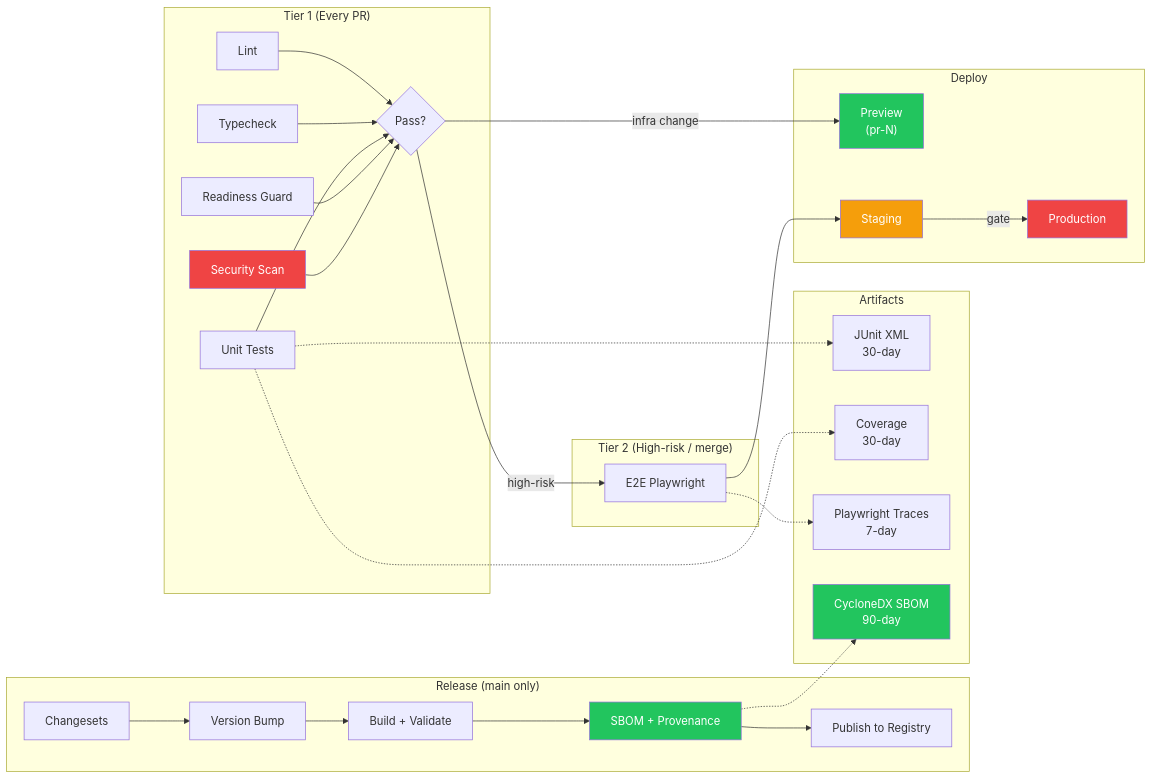
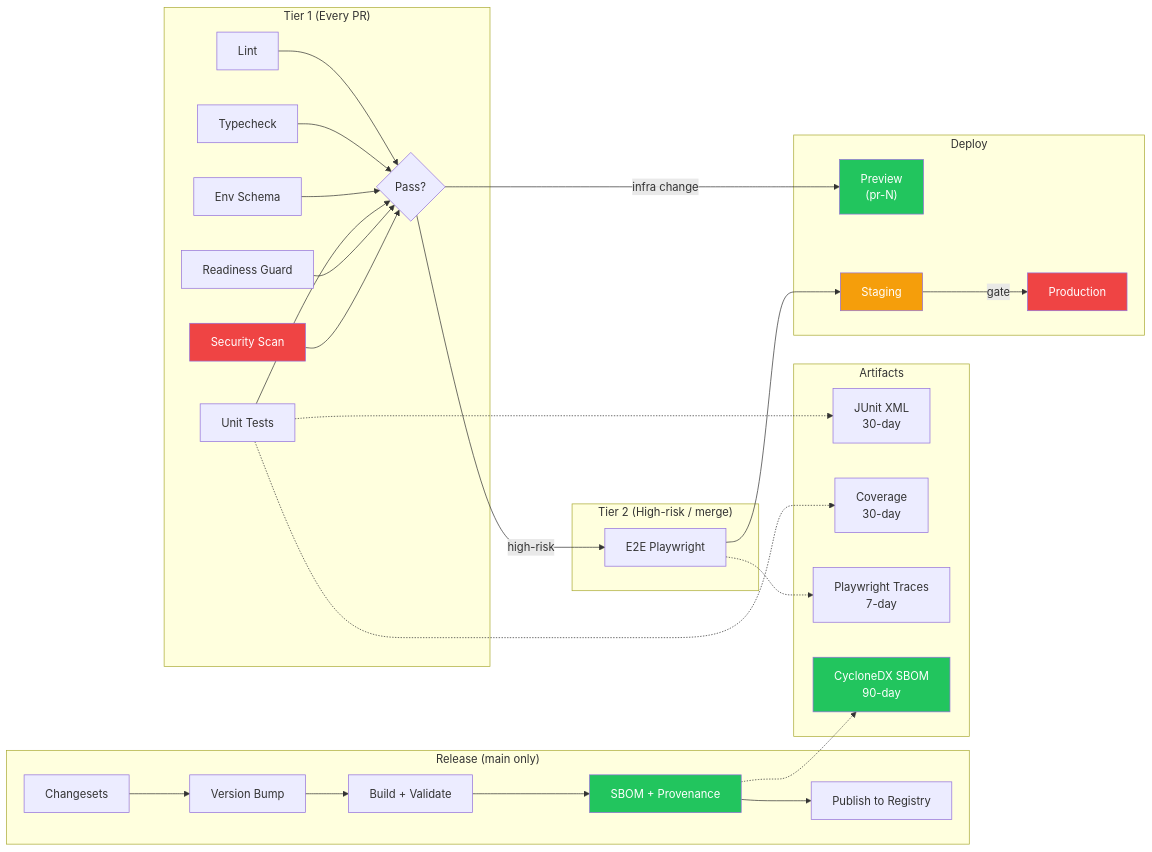
Before and after one commit to jbejenar/ripple-next: the seventh of 10 diagrams in docs/product-roadmap/README.md, drawn with Mermaid. The commit also changed other lines of this file and 16 other files, not shown here.

First line of the commit message:
feat: implement AI-suggested improvements and update roadmap

````diff
--- a/docs/product-roadmap/README.md
+++ b/docs/product-roadmap/README.md
@@ -436,50 +438,51 @@
 ```mermaid
 graph LR
     subgraph "Tier 1 (Every PR)"
         LINT[Lint] --> GATE1{Pass?}
         TYPE[Typecheck] --> GATE1
+        ENVGATE[Env Schema] --> GATE1
         UNIT[Unit Tests] --> GATE1
         READY[Readiness Guard] --> GATE1
         SECURITY[Security Scan] --> GATE1
     end
 
     subgraph "Tier 2 (High-risk / merge)"
         E2E[E2E Playwright]
     end
 
     subgraph "Release (main only)"
         CS[Changesets] --> VER[Version Bump]
         VER --> BUILD[Build + Validate]
         BUILD --> SBOM_GEN[SBOM + Provenance]
         SBOM_GEN --> PUBLISH[Publish to Registry]
     end
 
     subgraph "Artifacts"
         JUNIT[JUnit XML<br/>30-day]
         COV[Coverage<br/>30-day]
         TRACES[Playwright Traces<br/>7-day]
         SBOM_ART[CycloneDX SBOM<br/>90-day]
     end
 
     subgraph "Deploy"
         PREVIEW["Preview<br/>(pr-N)"]
         STAGING[Staging]
         PRODUCTION[Production]
     end
 
     GATE1 -->|high-risk| E2E
     GATE1 -->|infra change| PREVIEW
     UNIT -.-> JUNIT
     UNIT -.-> COV
     E2E -.-> TRACES
     SBOM_GEN -.-> SBOM_ART
     E2E --> STAGING
     STAGING -->|gate| PRODUCTION
 
     style SECURITY fill:#ef4444,color:#fff
     style PRODUCTION fill:#ef4444,color:#fff
     style STAGING fill:#f59e0b,color:#fff
     style PREVIEW fill:#22c55e,color:#fff
     style SBOM_GEN fill:#22c55e,color:#fff
     style SBOM_ART fill:#22c55e,color:#fff
 ```
````
